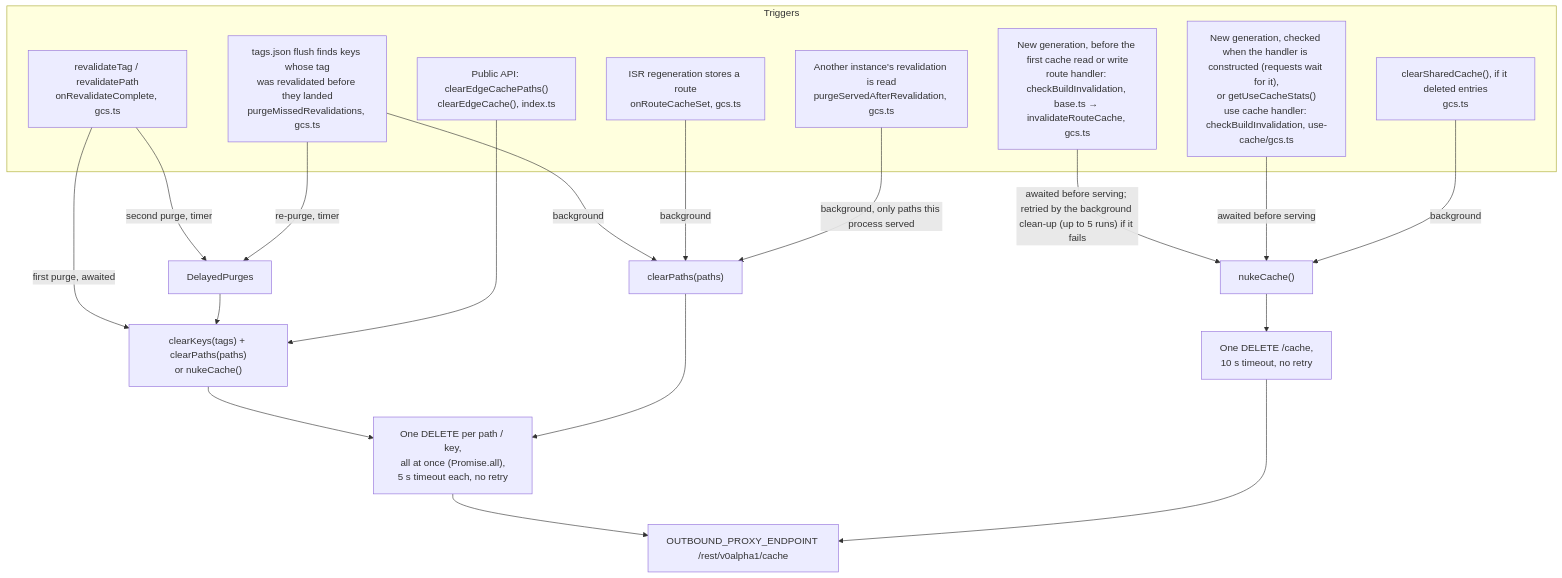
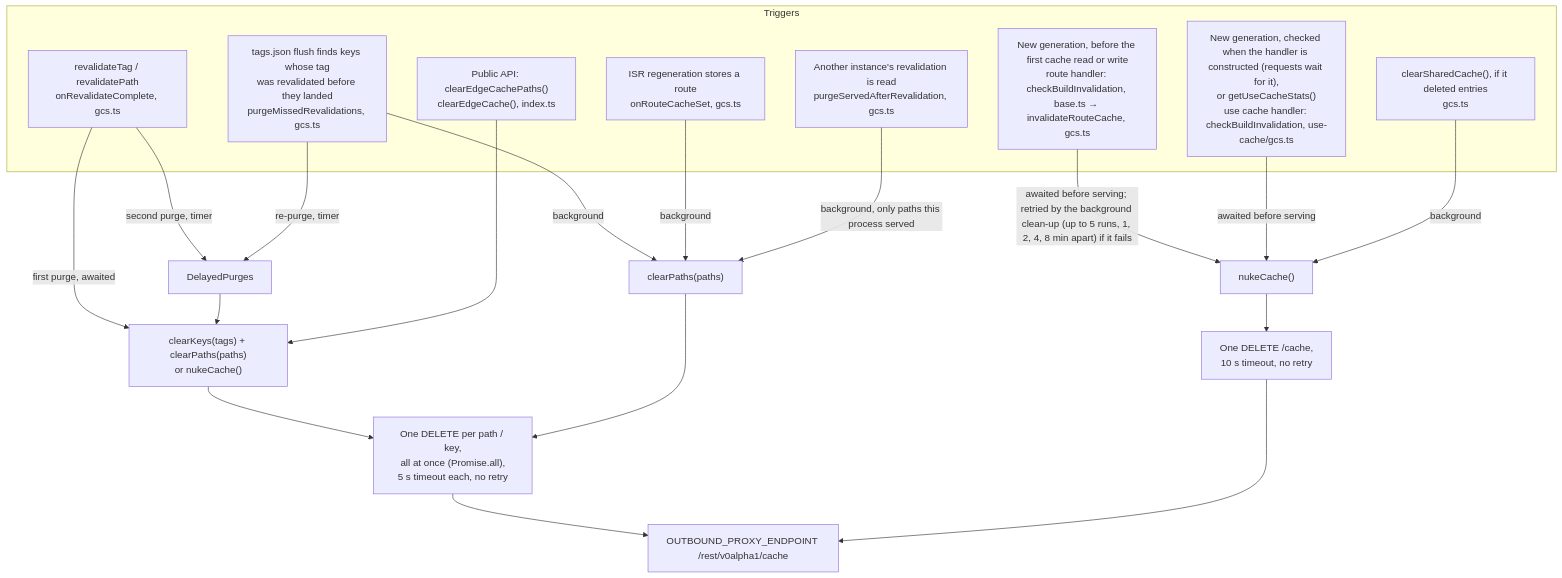
One commit to pantheon-systems/nextjs-cache-handler changed the fourth of 5 diagrams in ARCHITECTURE.md. Above: the diagram before and after it, drawn with Mermaid. The commit also changed other lines of this file and 6 other files, not shown here.

````diff
--- a/ARCHITECTURE.md
+++ b/ARCHITECTURE.md
@@ -212,31 +212,31 @@
 ```mermaid
 flowchart TB
   subgraph triggers["Triggers"]
     t1["revalidateTag / revalidatePath<br/>onRevalidateComplete, gcs.ts"]
     t2["ISR regeneration stores a route<br/>onRouteCacheSet, gcs.ts"]
     t3["tags.json flush finds keys whose tag<br/>was revalidated before they landed<br/>purgeMissedRevalidations, gcs.ts"]
     t4["New generation, before the first cache read or write<br/>route handler: checkBuildInvalidation, base.ts → invalidateRouteCache, gcs.ts"]
     t5["New generation, checked when the handler is constructed (requests wait for it),<br/>or getUseCacheStats()<br/>use cache handler: checkBuildInvalidation, use-cache/gcs.ts"]
     t6["clearSharedCache(), if it deleted entries<br/>gcs.ts"]
     t8["Another instance's revalidation is read<br/>purgeServedAfterRevalidation, gcs.ts"]
     t7["Public API: clearEdgeCachePaths()<br/>clearEdgeCache(), index.ts"]
   end
 
   t1 -- "first purge, awaited" --> keysPaths["clearKeys(tags) + clearPaths(paths)<br/>or nukeCache()"]
   t1 -- "second purge, timer" --> dp[DelayedPurges]
   t3 -- "background" --> paths1["clearPaths(paths)"]
   t3 -- "re-purge, timer" --> dp
   dp --> keysPaths
   t2 -- "background" --> paths1
-  t4 -- "awaited before serving; retried by the background clean-up (up to 5 runs) if it fails" --> nuke["nukeCache()"]
+  t4 -- "awaited before serving; retried by the background clean-up (up to 5 runs, 1, 2, 4, 8 min apart) if it fails" --> nuke["nukeCache()"]
   t5 -- "awaited before serving" --> nuke
   t6 -- "background" --> nuke
   t7 --> keysPaths
   t8 -- "background, only paths this process served" --> paths1
 
   keysPaths --> fan["One DELETE per path / key,<br/>all at once (Promise.all),<br/>5 s timeout each, no retry"]
   paths1 --> fan
   nuke --> one["One DELETE /cache,<br/>10 s timeout, no retry"]
   fan --> proxy[OUTBOUND_PROXY_ENDPOINT /rest/v0alpha1/cache]
   one --> proxy
 ```
````
